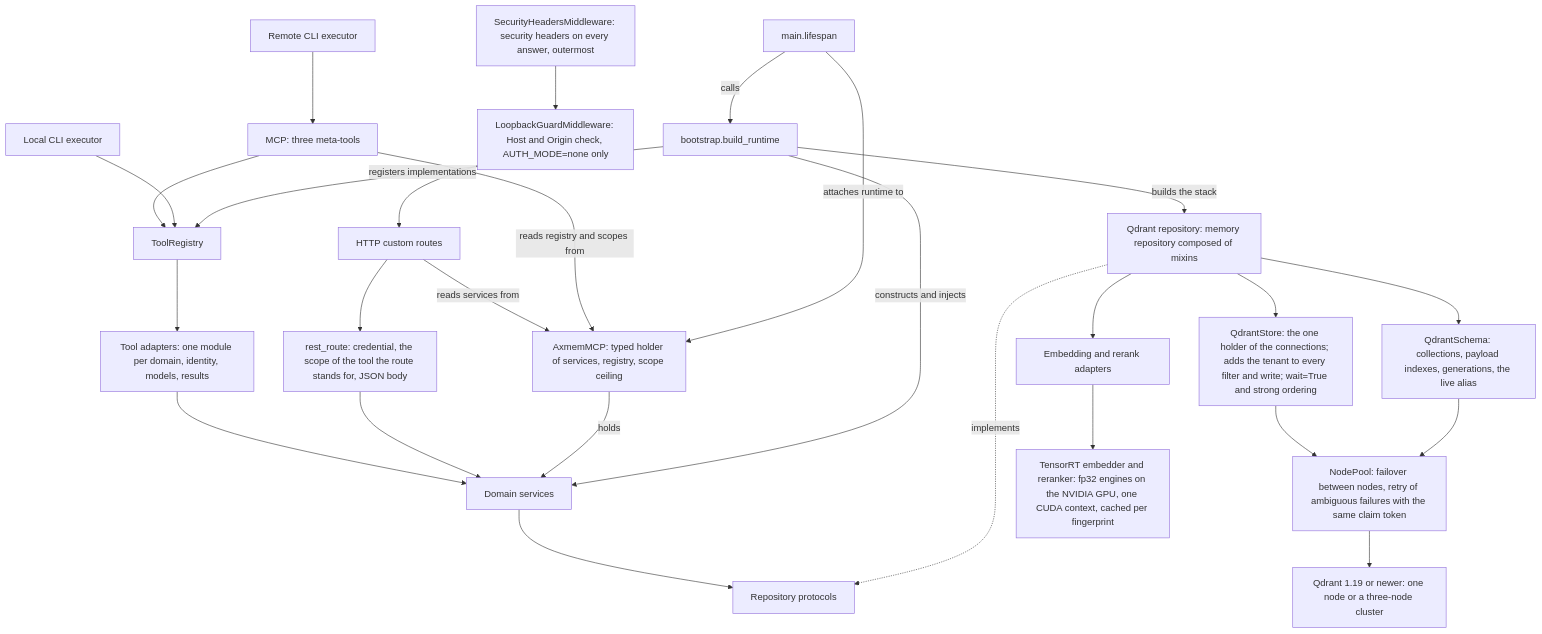
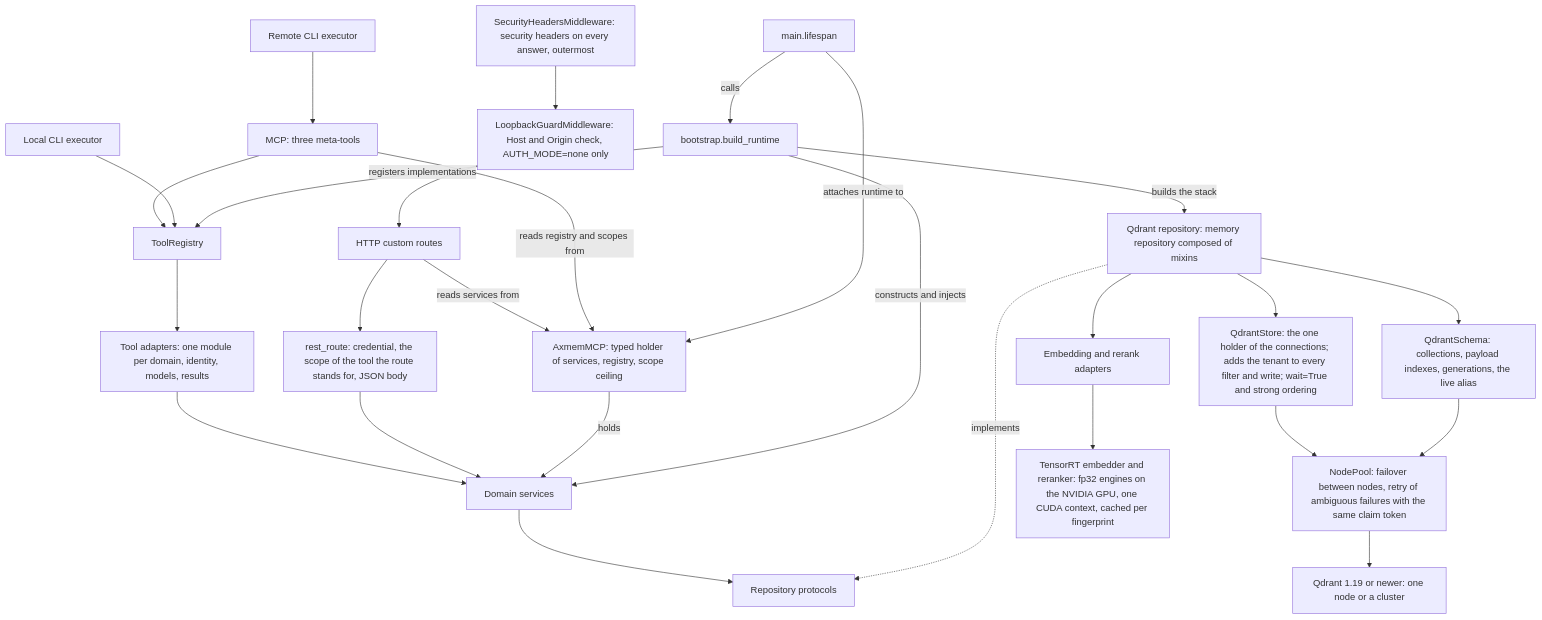
The diagram in architecture.md (Axiumine/axmem), drawn with Mermaid before and after one commit. The commit also changed 3 other files, not shown here.

First line of the commit message:
🤖 docs(readme): Qdrant runs on one node or a cluster of any size, not only three nodes

````diff
--- a/architecture.md
+++ b/architecture.md
@@ -35,30 +35,30 @@
 ```mermaid
 flowchart TD
     MCP["MCP: three meta-tools"] --> Registry["ToolRegistry"]
     Local["Local CLI executor"] --> Registry
     Remote["Remote CLI executor"] --> MCP
     Registry --> ToolAdapters["Tool adapters: one module per domain, identity, models, results"]
     ToolAdapters --> Services["Domain services"]
     Headers["SecurityHeadersMiddleware: security headers on every answer, outermost"] --> Guard
     Guard["LoopbackGuardMiddleware: Host and Origin check, AUTH_MODE=none only"] --> HTTP
     HTTP["HTTP custom routes"] --> Access["rest_route: credential, the scope of the tool the route stands for, JSON body"]
     Access --> Services
     Server["AxmemMCP: typed holder of services, registry, scope ceiling"]
     HTTP -->|reads services from| Server
     MCP -->|reads registry and scopes from| Server
     Server -->|holds| Services
     Services --> Contracts["Repository protocols"]
     Qdrant["Qdrant repository: memory repository composed of mixins"] -. implements .-> Contracts
     Qdrant --> Store["QdrantStore: the one holder of the connections; adds the tenant to every filter and write; wait=True and strong ordering"]
     Qdrant --> Schema["QdrantSchema: collections, payload indexes, generations, the live alias"]
     Store --> Pool["NodePool: failover between nodes, retry of ambiguous failures with the same claim token"]
     Schema --> Pool
-    Pool --> QdrantDB["Qdrant 1.19 or newer: one node or a three-node cluster"]
+    Pool --> QdrantDB["Qdrant 1.19 or newer: one node or a cluster"]
     Qdrant --> Providers["Embedding and rerank adapters"]
     Providers --> TensorRT["TensorRT embedder and reranker: fp32 engines on the NVIDIA GPU, one CUDA context, cached per fingerprint"]
     Lifespan["main.lifespan"] -->|calls| Bootstrap["bootstrap.build_runtime"]
     Lifespan -->|attaches runtime to| Server
     Bootstrap -->|constructs and injects| Services
     Bootstrap -->|registers implementations| Registry
     Bootstrap -->|builds the stack| Qdrant
 ```
````
